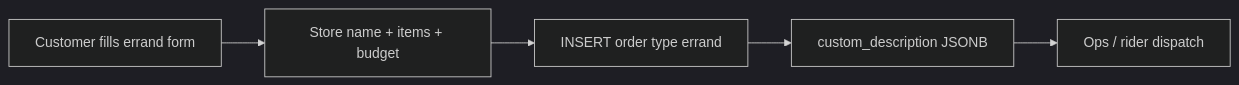
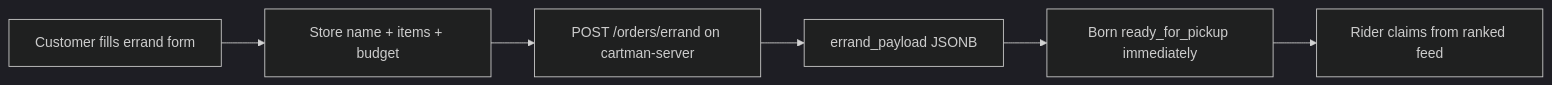
The fifth of 13 diagrams in docs/breakdown/flows.md (xzen-projects/cartman-ph-docs), drawn with Mermaid (dark theme) before and after one commit. The commit also changed other lines of this file and 3 other files, not shown here.

First line of the commit message:
docs: mirror architecture reconciliation into breakdown docs

````diff
--- a/docs/breakdown/flows.md
+++ b/docs/breakdown/flows.md
@@ -197,7 +159,8 @@
 ```mermaid
 flowchart LR
   Form[Customer fills errand form] --> Validate[Store name + items + budget]
-  Validate --> Insert[INSERT order type errand]
-  Insert --> JSONB[custom_description JSONB]
-  JSONB --> Dispatch[Ops / rider dispatch]
+  Validate --> Post[POST /orders/errand on cartman-server]
+  Post --> JSONB[errand_payload JSONB]
+  JSONB --> Ready[Born ready_for_pickup immediately]
+  Ready --> Dispatch[Rider claims from ranked feed]
 ```
````
